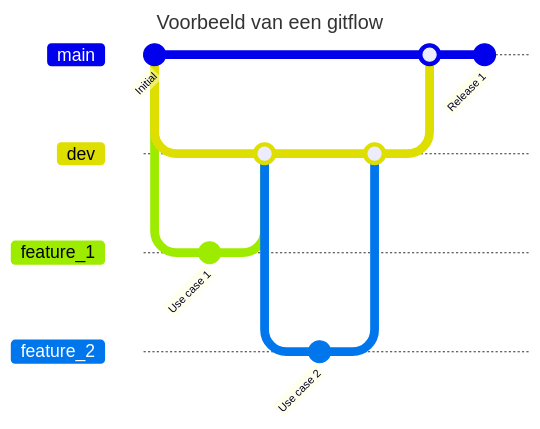
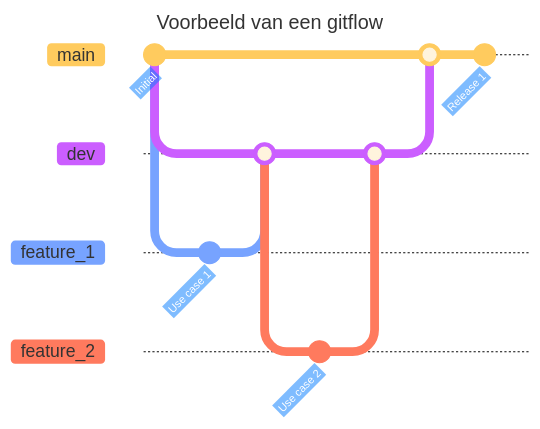
Before and after one commit to Windesheim-HBO-ICT/Leerlijn-Content-SE: the diagram in build/7. Git/1. Uitleg/3. Git Branches.md, drawn with Mermaid. The commit also changed other lines of this file and 304 other files, not shown here.

````diff
--- a/build/7. Git/1. Uitleg/3. Git Branches.md
+++ b/build/7. Git/1. Uitleg/3. Git Branches.md
@@ -21,23 +26,32 @@
 ```mermaid
 ---
 title: Voorbeeld van een gitflow
 ---
+%%{init: {'theme': 'base', 'themeVariables': {
+    'commitLabelColor': '#ffffff',
+    'commitLabelBackground': '#007bff',
+    'branchLabelColor': '#ffffff',
+    'branchLabelBackground': '#28a745',
+    'tagLabelColor': '#ffffff',
+    'tagLabelBackground': '#dc3545'
+}}}%%
 gitGraph
    commit id: "Initial"
    branch dev
    checkout dev
    branch feature_1
    checkout feature_1
    commit id: "Use case 1"
    checkout dev
    merge feature_1
    branch feature_2
    checkout feature_2
    commit id: "Use case 2"
    checkout dev
    merge feature_2
    checkout main
    merge dev
    commit id: "Release 1"
 
+
 ```
````
